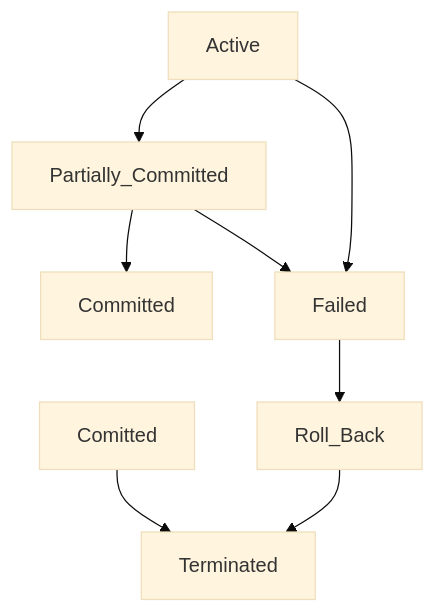
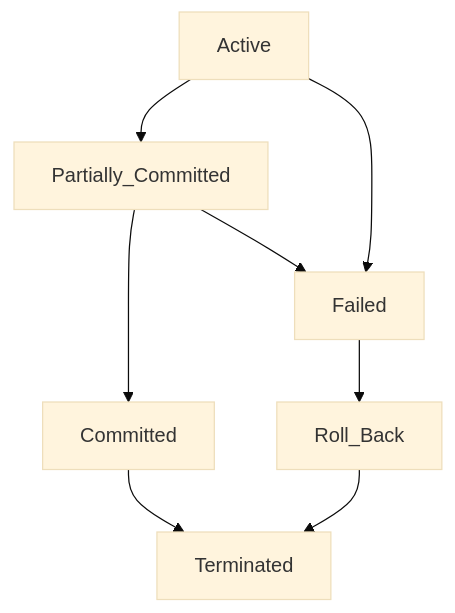
One commit to random-goose/Notes-Vault changed the second of 2 diagrams in IV/DBMS/DBMS V.md. Above: the diagram before and after it, drawn with Mermaid (base theme). The commit also changed other lines of this file and 2 other files, not shown here.

Commit message:
vault auto backup: 2024-07-22 23:59:14

````diff
--- a/IV/DBMS/DBMS V.md
+++ b/IV/DBMS/DBMS V.md
@@ -84,10 +84,10 @@
 ```mermaid
 graph TD
 	Active --> Partially_Committed
 	Partially_Committed --> Committed
-	Comitted --> Terminated
+	Committed --> Terminated
 	Active --> Failed
 	Partially_Committed --> Failed
 	Failed --> Roll_Back
 	Roll_Back --> Terminated
 ```
````
